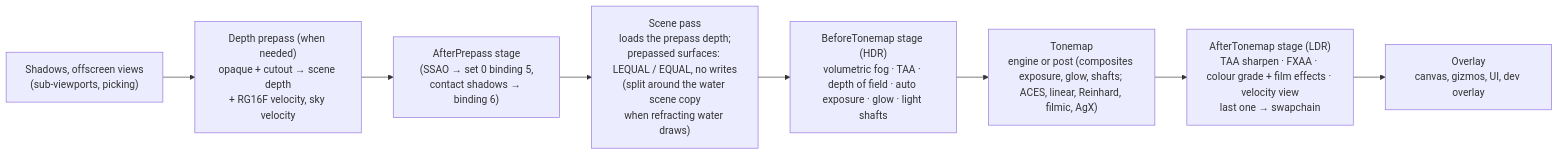
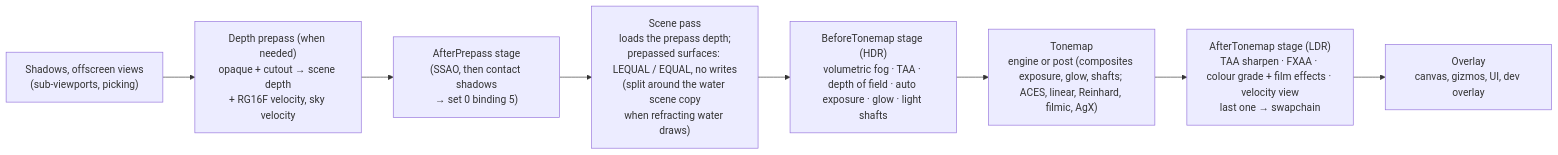
Before and after one commit to Mainframe-Games/mainframe-engine: the diagram in docs/design/post-processing.md, drawn with Mermaid. The commit also changed other lines of this file and 105 other files, not shown here.

````diff
--- a/docs/design/post-processing.md
+++ b/docs/design/post-processing.md
@@ -16,10 +16,10 @@
 ```mermaid
 flowchart LR
     SH["Shadows, offscreen views<br/>(sub-viewports, picking)"] --> PP["Depth prepass (when needed)<br/>opaque + cutout → scene depth<br/>+ RG16F velocity, sky velocity"]
-    PP --> AP["AfterPrepass stage<br/>(SSAO → set 0 binding 5,<br/>contact shadows → binding 6)"]
+    PP --> AP["AfterPrepass stage<br/>(SSAO, then contact shadows<br/>→ set 0 binding 5)"]
     AP --> SC["Scene pass<br/>loads the prepass depth;<br/>prepassed surfaces: LEQUAL / EQUAL, no writes<br/>(split around the water scene copy<br/>when refracting water draws)"]
     SC --> BT["BeforeTonemap stage (HDR)<br/>volumetric fog · TAA · depth of field · auto exposure · glow · light shafts"]
     BT --> TM["Tonemap<br/>engine or post (composites exposure, glow, shafts; ACES, linear, Reinhard, filmic, AgX)"]
     TM --> AT["AfterTonemap stage (LDR)<br/>TAA sharpen · FXAA · colour grade + film effects · velocity view<br/>last one → swapchain"]
     AT --> OV["Overlay<br/>canvas, gizmos, UI, dev overlay"]
 ```
````
